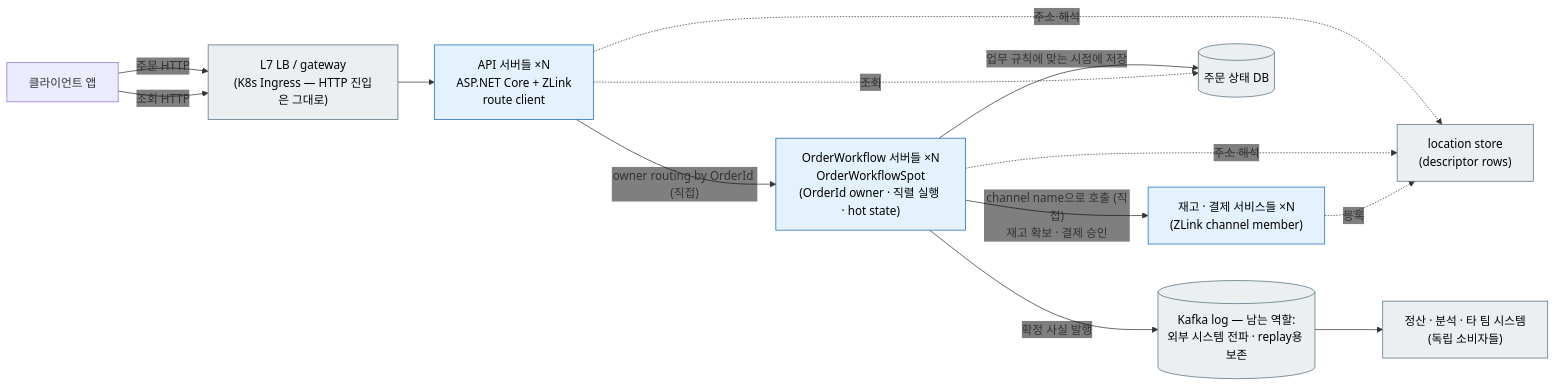
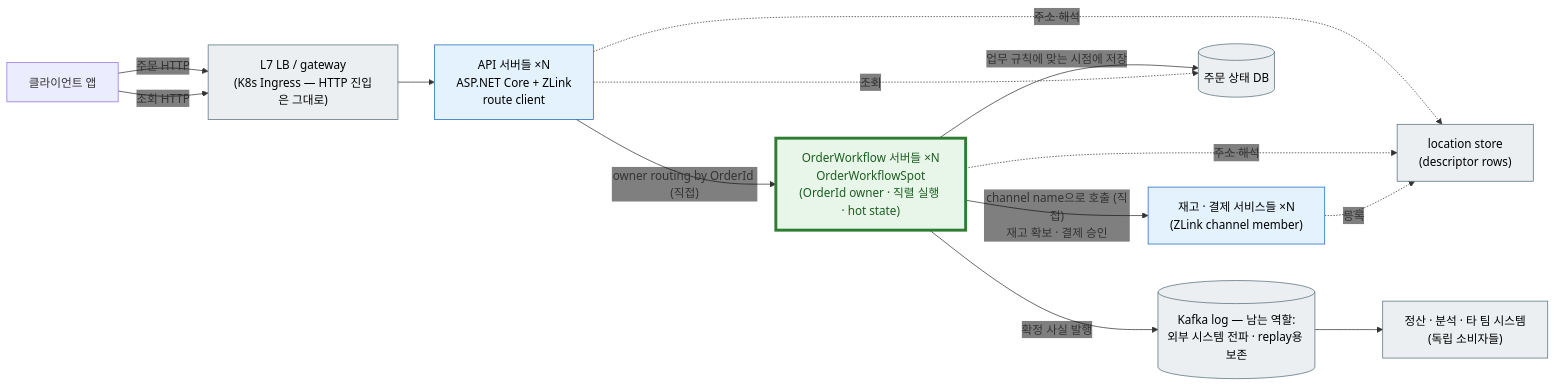
The ninth of 11 diagrams in framework/doc/framework/dotnet/guide/01-overview.ko.md (kairos-code-dev/zlink), drawn with Mermaid before and after one commit. The commit also changed other lines of this file, not shown here.

First line of the commit message:
docs(dotnet-guide): update overview with real API/samples and add ZLink-topology diagrams

````diff
--- a/framework/doc/framework/dotnet/guide/01-overview.ko.md
+++ b/framework/doc/framework/dotnet/guide/01-overview.ko.md
@@ -399,28 +538,29 @@
 ```mermaid
 %%{init: {'themeVariables': {'edgeLabelBackground':'transparent'}}}%%
 flowchart LR
     Client2["클라이언트 앱"]
     LB2["L7 LB / gateway<br/>(K8s Ingress — HTTP 진입은 그대로)"]:::infra
     Api2["API 서버들 ×N<br/>ASP.NET Core + ZLink<br/>route client"]:::app
-    Spot["OrderWorkflow 서버들 ×N<br/>OrderWorkflowSpot<br/>(OrderId owner · 직렬 실행 · hot state)"]:::app
+    Spot["OrderWorkflow 서버들 ×N<br/>OrderWorkflowSpot<br/>(OrderId owner · 직렬 실행 · hot state)"]:::spot
     INV2["재고 · 결제 서비스들 ×N<br/>(ZLink channel member)"]:::app
     DB2[("주문 상태 DB")]:::infra
     LOG2[("Kafka log — 남는 역할:<br/>외부 시스템 전파 · replay용 보존")]:::infra
     EXT["정산 · 분석 · 타 팀 시스템<br/>(독립 소비자들)"]:::infra
     Store["location store<br/>(descriptor rows)"]:::infra
 
     Client2 -- "주문 HTTP" --> LB2 --> Api2
     Api2 -- "owner routing by OrderId (직접)" --> Spot
     Spot -- "channel name으로 호출 (직접)<br/>재고 확보 · 결제 승인" --> INV2
     Spot -- "업무 규칙에 맞는 시점에 저장" --> DB2
     Spot -- "확정 사실 발행" --> LOG2
     LOG2 --> EXT
     Client2 -- "조회 HTTP" --> LB2
     Api2 -.조회.-> DB2
     Api2 -.->|"주소 해석"| Store
     Spot -.->|"주소 해석"| Store
     INV2 -.->|등록| Store
 
     classDef app fill:#e3f2fd,stroke:#1565c0,color:#000000
     classDef infra fill:#eceff1,stroke:#546e7a,color:#000000
+    classDef spot fill:#e8f5e9,stroke:#2e7d32,stroke-width:4px,color:#1b5e20
 ```
````
